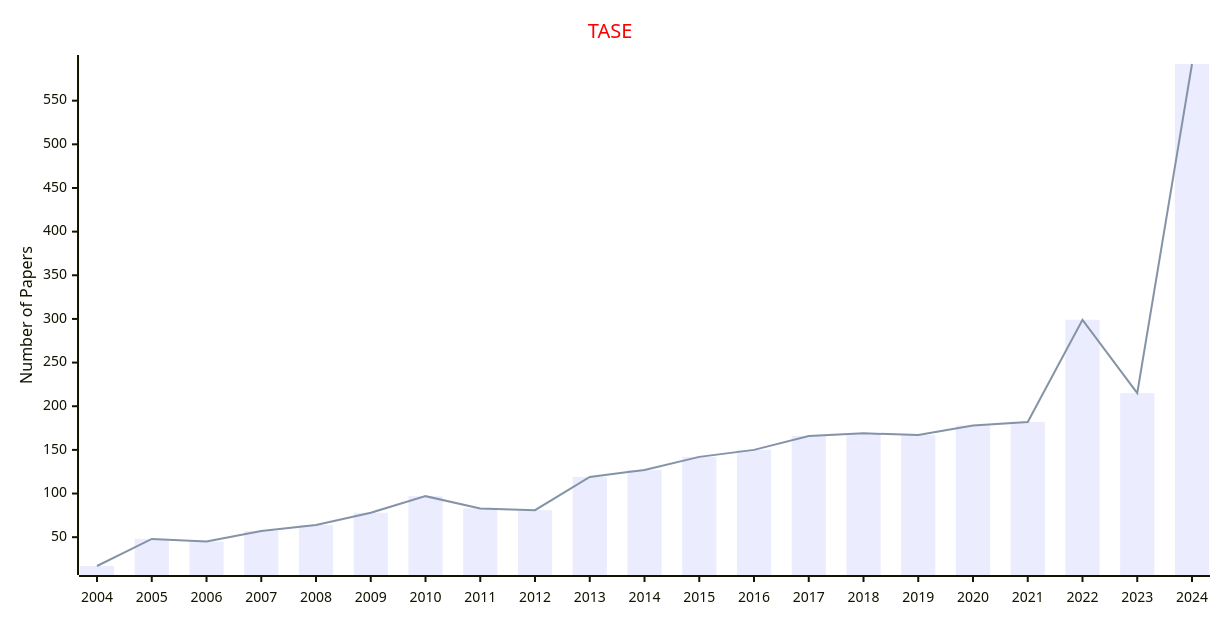
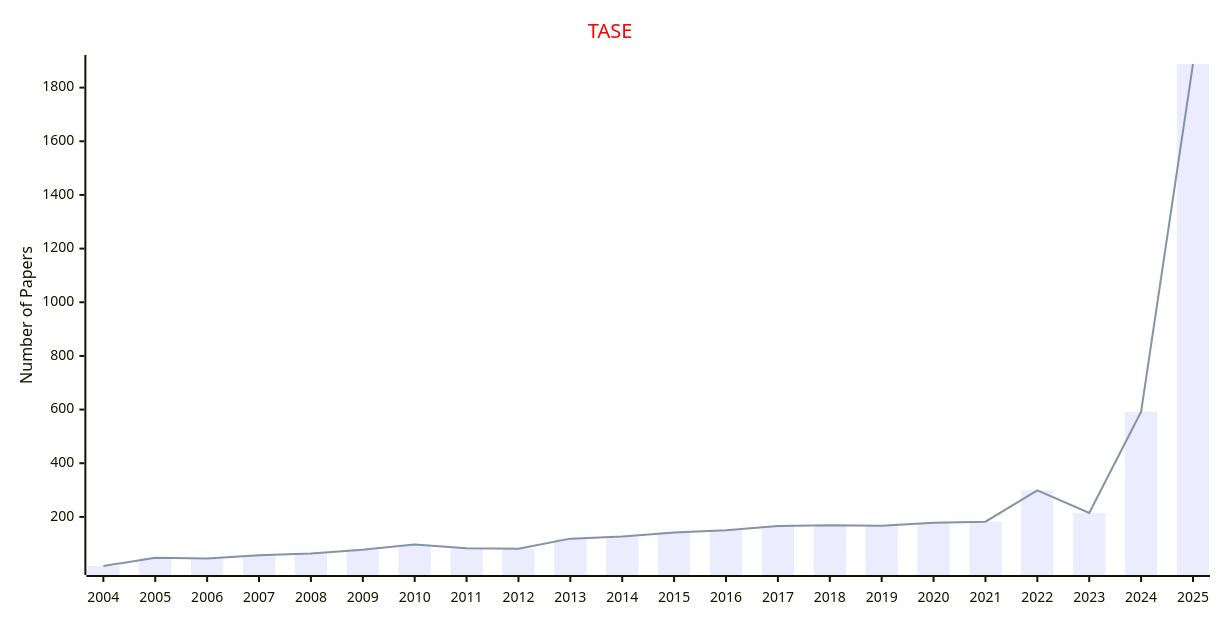
Before and after one commit to Easy-PhD/AILinks: diagram 15 of 52 in docs/data/Journals/Publishers_Journals/IEEE.md, drawn with Mermaid. The commit also changed other lines of this file and 107 other files, not shown here.

````diff
--- a/docs/data/Journals/Publishers_Journals/IEEE.md
+++ b/docs/data/Journals/Publishers_Journals/IEEE.md
@@ -368,17 +368,17 @@
 ```mermaid
 ---
 config:
     xyChart:
         width: 1200
         height: 600
     themeVariables:
         xyChart:
             titleColor: "#ff0000"
 ---
 xychart-beta
     title "TASE"
-    x-axis [2004, 2005, 2006, 2007, 2008, 2009, 2010, 2011, 2012, 2013, 2014, 2015, 2016, 2017, 2018, 2019, 2020, 2021, 2022, 2023, 2024]
+    x-axis [2004, 2005, 2006, 2007, 2008, 2009, 2010, 2011, 2012, 2013, 2014, 2015, 2016, 2017, 2018, 2019, 2020, 2021, 2022, 2023, 2024, 2025]
     y-axis "Number of Papers"
-    bar [17, 48, 45, 57, 64, 78, 97, 83, 81, 119, 127, 142, 150, 166, 169, 167, 178, 182, 299, 215, 592]
-    line [17, 48, 45, 57, 64, 78, 97, 83, 81, 119, 127, 142, 150, 166, 169, 167, 178, 182, 299, 215, 592]
+    bar [17, 48, 45, 57, 64, 78, 97, 83, 81, 119, 127, 142, 150, 166, 169, 167, 178, 182, 299, 215, 592, 1888]
+    line [17, 48, 45, 57, 64, 78, 97, 83, 81, 119, 127, 142, 150, 166, 169, 167, 178, 182, 299, 215, 592, 1888]
 ```
````
